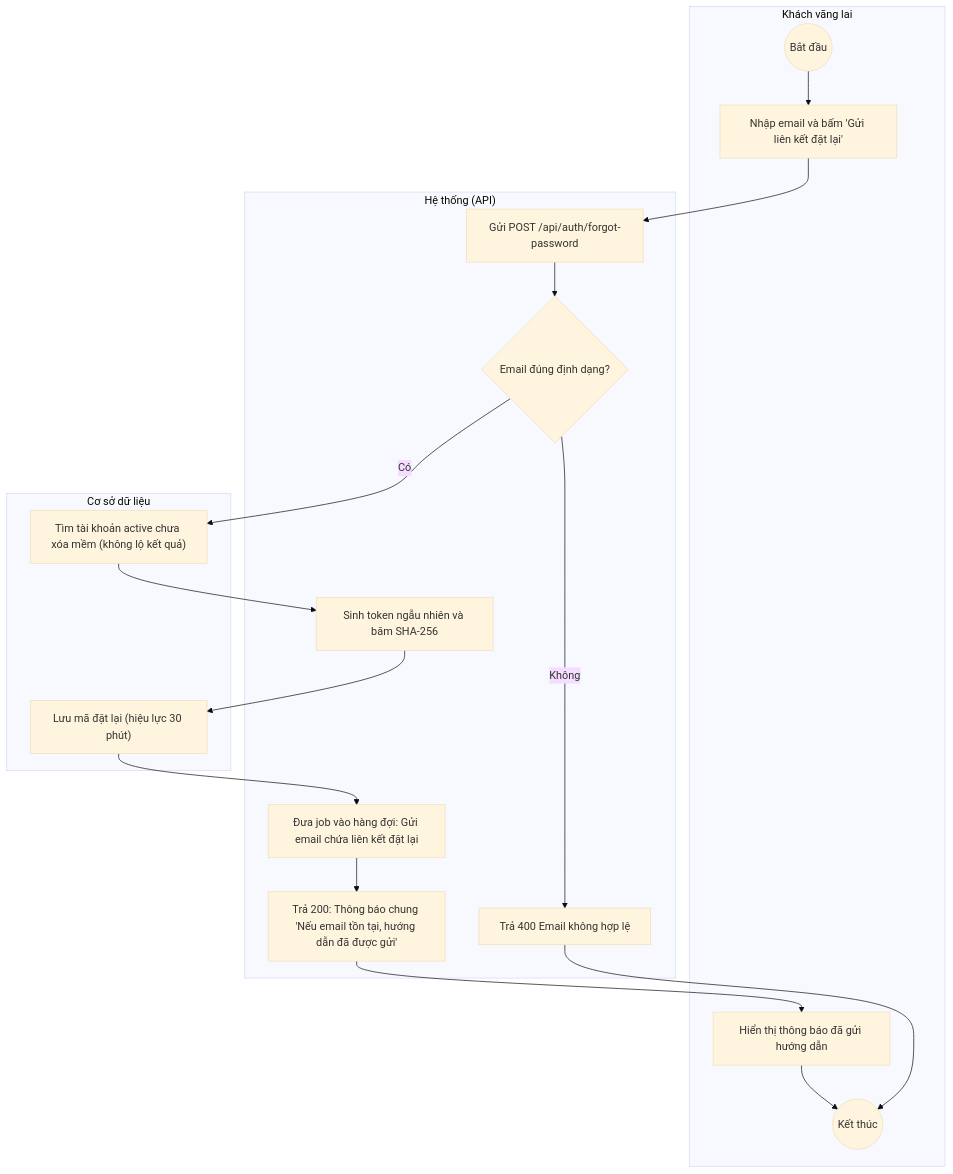
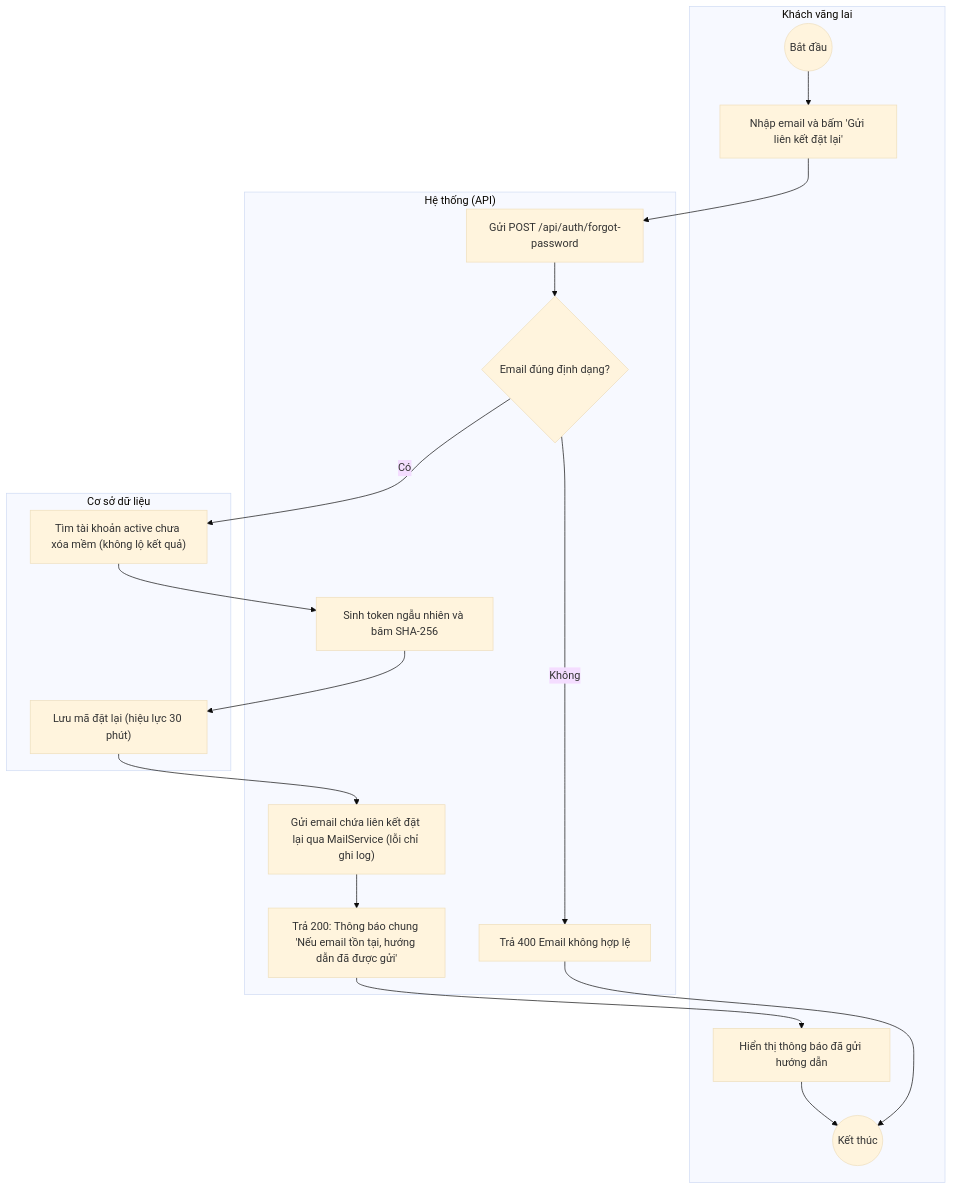
The diagram in docs/diagrams/src/activity_UC-AUTH-05_quen-mat-khau-yeu-cau-dat-lai.mmd (2431540234-arch/XDUDTMDT), drawn with Mermaid (base theme) before and after one commit. The commit also changed 184 other files, not shown here.

```diff
--- a/docs/diagrams/src/activity_UC-AUTH-05_quen-mat-khau-yeu-cau-dat-lai.mmd
+++ b/docs/diagrams/src/activity_UC-AUTH-05_quen-mat-khau-yeu-cau-dat-lai.mmd
@@ -1,31 +1,31 @@
 flowchart TD
     subgraph LANE_A["Khách vãng lai"]
         n1(("Bắt đầu"))
         n2["Nhập email và bấm 'Gửi liên kết đặt lại'"]
         n11["Hiển thị thông báo đã gửi hướng dẫn"]
         n12(("Kết thúc"))
     end
     subgraph LANE_S["Hệ thống (API)"]
         n3["Gửi POST /api/auth/forgot-password"]
         n4{"Email đúng định dạng?"}
         n5["Trả 400 Email không hợp lệ"]
         n7["Sinh token ngẫu nhiên và băm SHA-256"]
-        n9["Đưa job vào hàng đợi: Gửi email chứa liên kết đặt lại"]
+        n9["Gửi email chứa liên kết đặt lại qua MailService (lỗi chỉ ghi log)"]
         n10["Trả 200: Thông báo chung 'Nếu email tồn tại, hướng dẫn đã được gửi'"]
     end
     subgraph LANE_D["Cơ sở dữ liệu"]
         n6["Tìm tài khoản active chưa xóa mềm (không lộ kết quả)"]
         n8["Lưu mã đặt lại (hiệu lực 30 phút)"]
     end
     n1 --> n2
     n2 --> n3
     n3 --> n4
     n4 -->|"Không"| n5
     n4 -->|"Có"| n6
     n6 --> n7
     n7 --> n8
     n8 --> n9
     n9 --> n10
     n10 --> n11
     n11 --> n12
     n5 --> n12
```
